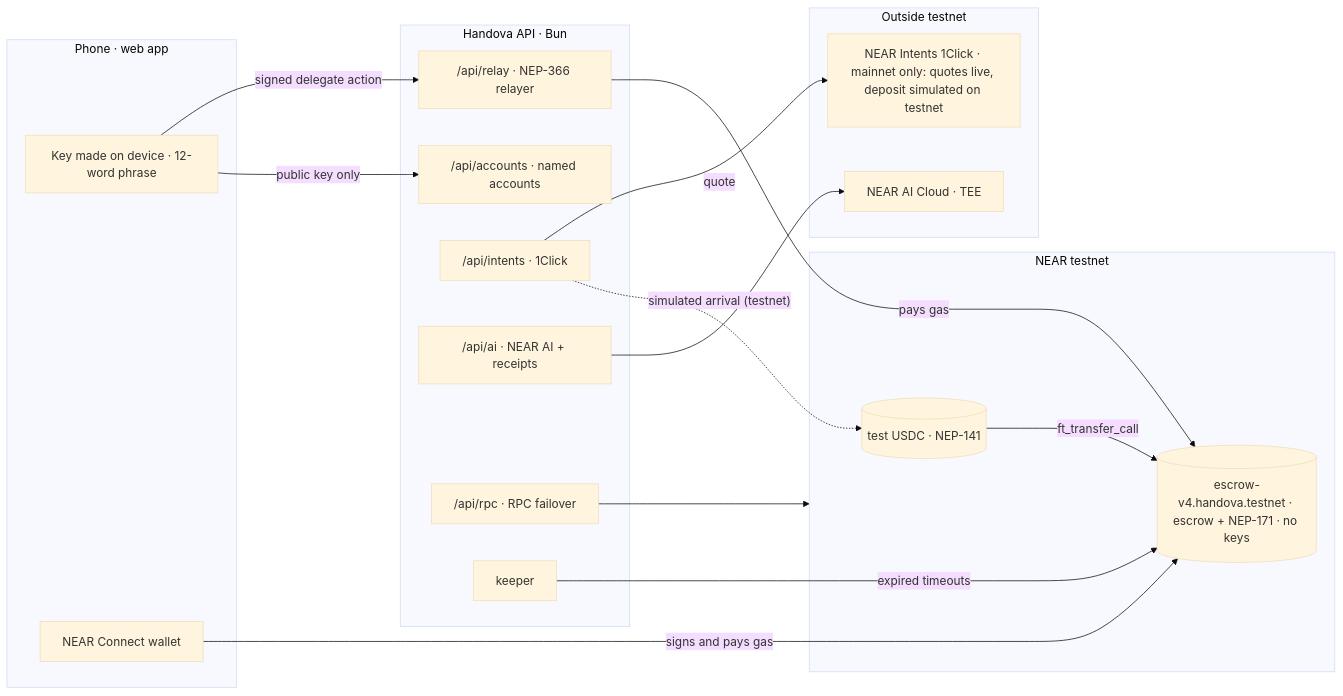
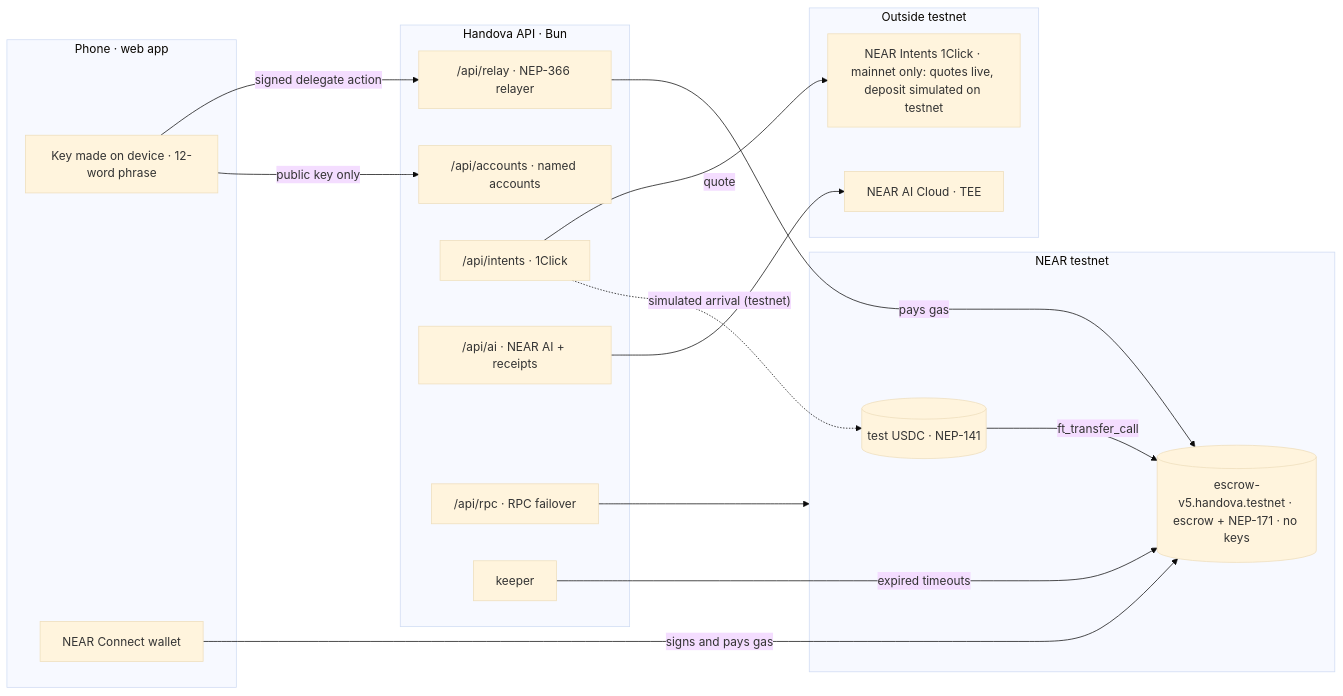
Before and after one commit to UseHandova/handova-near: the first of 2 diagrams in docs/ARCHITECTURE.md, drawn with Mermaid (base theme). The commit also changed other lines of this file and 4 other files, not shown here.

````diff
--- a/docs/ARCHITECTURE.md
+++ b/docs/ARCHITECTURE.md
@@ -7,32 +7,32 @@
 ```mermaid
 flowchart LR
     subgraph Phone["Phone · web app"]
         K["Key made on device · 12-word phrase"]
         W["NEAR Connect wallet"]
     end
     subgraph API["Handova API · Bun"]
         R["/api/relay · NEP-366 relayer"]
         A["/api/accounts · named accounts"]
         I["/api/intents · 1Click"]
         AI["/api/ai · NEAR AI + receipts"]
         P["/api/rpc · RPC failover"]
         KP["keeper"]
     end
     subgraph NEAR["NEAR testnet"]
-        E[("escrow-v4.handova.testnet · escrow + NEP-171 · no keys")]
+        E[("escrow-v5.handova.testnet · escrow + NEP-171 · no keys")]
         U[("test USDC · NEP-141")]
     end
     subgraph EXT["Outside testnet"]
         NI["NEAR Intents 1Click · mainnet only: quotes live, deposit simulated on testnet"]
         NA["NEAR AI Cloud · TEE"]
     end
     K -- "signed delegate action" --> R -- "pays gas" --> E
     K -- "public key only" --> A
     W -- "signs and pays gas" --> E
     I -- "quote" --> NI
     I -. "simulated arrival (testnet)" .-> U
     U -- "ft_transfer_call" --> E
     AI --> NA
     KP -- "expired timeouts" --> E
     P --> NEAR
 ```
````
